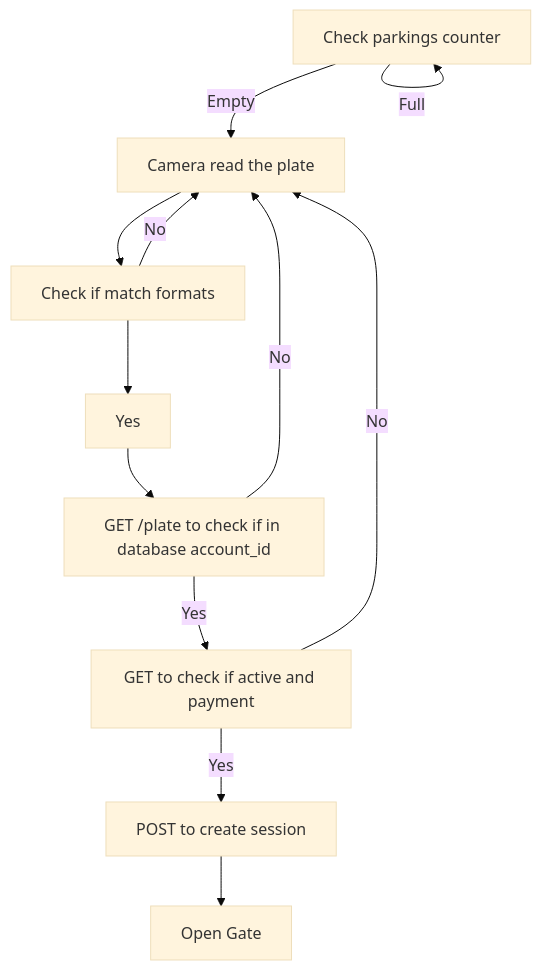
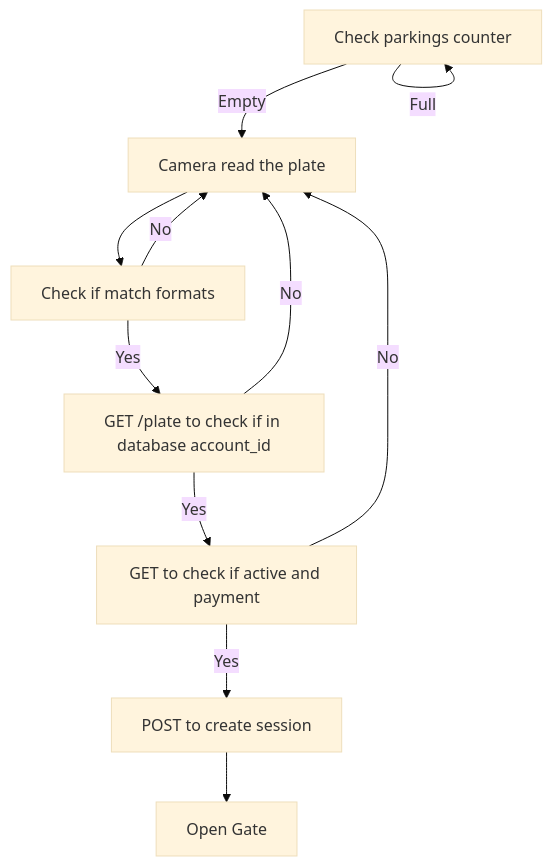
One commit to dcfrenci/iot_parking changed the second of 4 diagrams in README.md. Above: the diagram before and after it, drawn with Mermaid (base theme). The commit also changed 2 other files, not shown here.

````diff
--- a/README.md
+++ b/README.md
@@ -30,13 +30,13 @@
 ```mermaid
 flowchart TD
     Z[Check parkings counter] -- Empty --> A
     Z -- Full --> Z
     A[Camera read the plate] --> B[Check if match formats]
     B -- No --> A
-    B --> Yes --> C[GET /plate to check if in database account_id]
+    B -- Yes --> C[GET /plate to check if in database account_id]
     C -- No --> A
     C -- Yes --> D[GET to check if active and payment]
     D -- No --> A
     D -- Yes --> E[POST to create session]
     E --> F[Open Gate]
 ```
````
